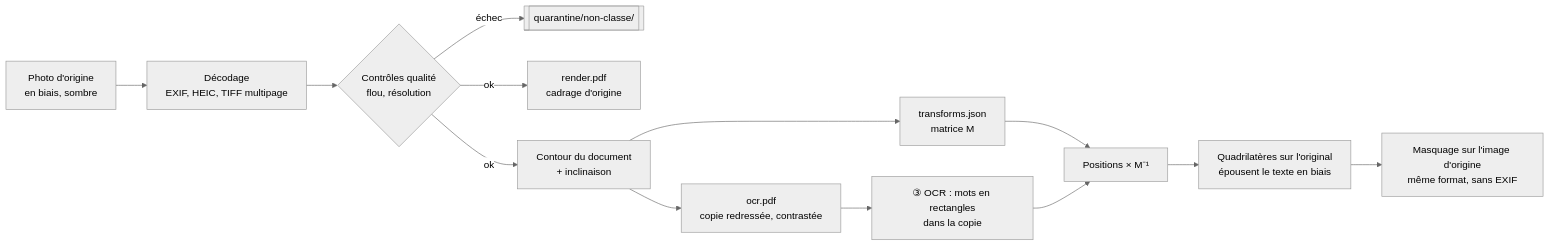
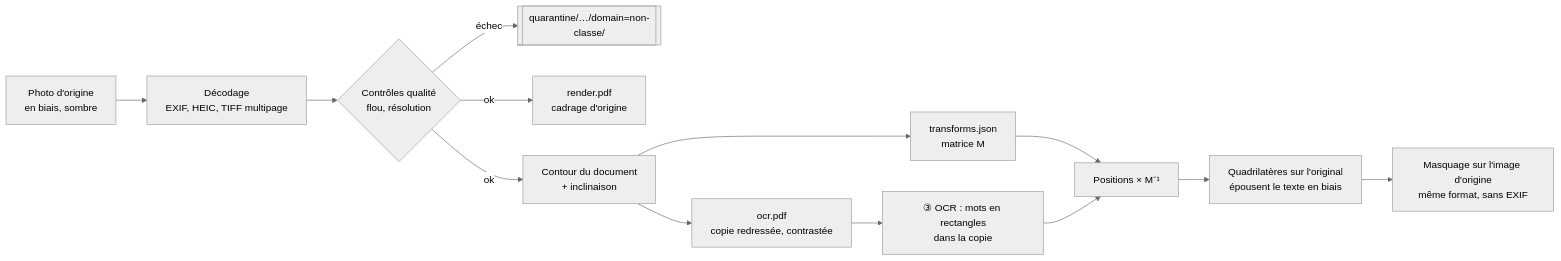
Before and after one commit to derchoff/pseudocai: the third of 7 diagrams in docs/architecture.md, drawn with Mermaid (neutral theme). The commit also changed other lines of this file and 28 other files, not shown here.

````diff
--- a/docs/architecture.md
+++ b/docs/architecture.md
@@ -171,14 +171,14 @@
 ```mermaid
 flowchart LR
     O[Photo d'origine<br/>en biais, sombre] --> D[Décodage<br/>EXIF, HEIC, TIFF multipage]
     D --> Q{Contrôles qualité<br/>flou, résolution}
-    Q -- échec --> QZ[[quarantine/non-classe/]]
+    Q -- échec --> QZ[[quarantine/…/domain=non-classe/]]
     Q -- ok --> R[render.pdf<br/>cadrage d'origine]
     Q -- ok --> G[Contour du document<br/>+ inclinaison]
     G --> C[ocr.pdf<br/>copie redressée, contrastée]
     G --> M[transforms.json<br/>matrice M]
     C --> OCR[③ OCR : mots en rectangles<br/>dans la copie]
     M --> INV[Positions × M⁻¹]
     OCR --> INV --> Z[Quadrilatères sur l'original<br/>épousent le texte en biais]
     Z --> OUT[Masquage sur l'image d'origine<br/>même format, sans EXIF]
 ```
````
